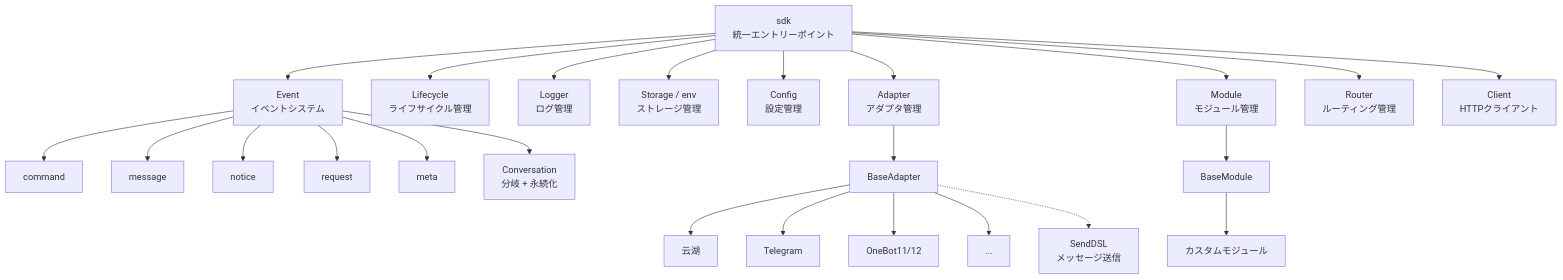
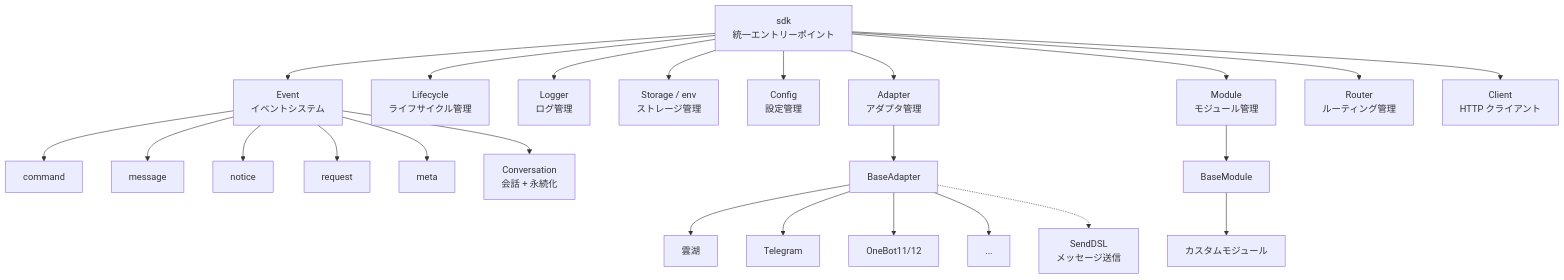
The first of 9 diagrams in docs/ja/architecture.md (ErisPulse/ErisPulse), drawn with Mermaid before and after one commit. The commit also changed other lines of this file and 622 other files, not shown here.

````diff
--- a/docs/ja/architecture.md
+++ b/docs/ja/architecture.md
@@ -11,31 +9,31 @@
 ```mermaid
 graph TB
     SDK["sdk<br/>統一エントリーポイント"]
 
     SDK --> Event["Event<br/>イベントシステム"]
     SDK --> Lifecycle["Lifecycle<br/>ライフサイクル管理"]
     SDK --> Logger["Logger<br/>ログ管理"]
     SDK --> Storage["Storage / env<br/>ストレージ管理"]
     SDK --> Config["Config<br/>設定管理"]
     SDK --> AdapterMgr["Adapter<br/>アダプタ管理"]
     SDK --> ModuleMgr["Module<br/>モジュール管理"]
     SDK --> Router["Router<br/>ルーティング管理"]
-    SDK --> Client["Client<br/>HTTPクライアント"]
+    SDK --> Client["Client<br/>HTTP クライアント"]
     Event --> Command["command"]
     Event --> Message["message"]
     Event --> Notice["notice"]
     Event --> Request["request"]
     Event --> Meta["meta"]
-    Event --> Conversation["Conversation<br/>分岐 + 永続化"]
+    Event --> Conversation["Conversation<br/>会話 + 永続化"]
 
     AdapterMgr --> BaseAdapter["BaseAdapter"]
-    BaseAdapter --> P1["云湖"]
+    BaseAdapter --> P1["雲湖"]
     BaseAdapter --> P2["Telegram"]
     BaseAdapter --> P3["OneBot11/12"]
     BaseAdapter --> PN["..."]
 
     ModuleMgr --> BaseModule["BaseModule"]
     BaseModule --> CM["カスタムモジュール"]
 
     BaseAdapter -.-> SendDSL["SendDSL<br/>メッセージ送信"]
 ```
````
